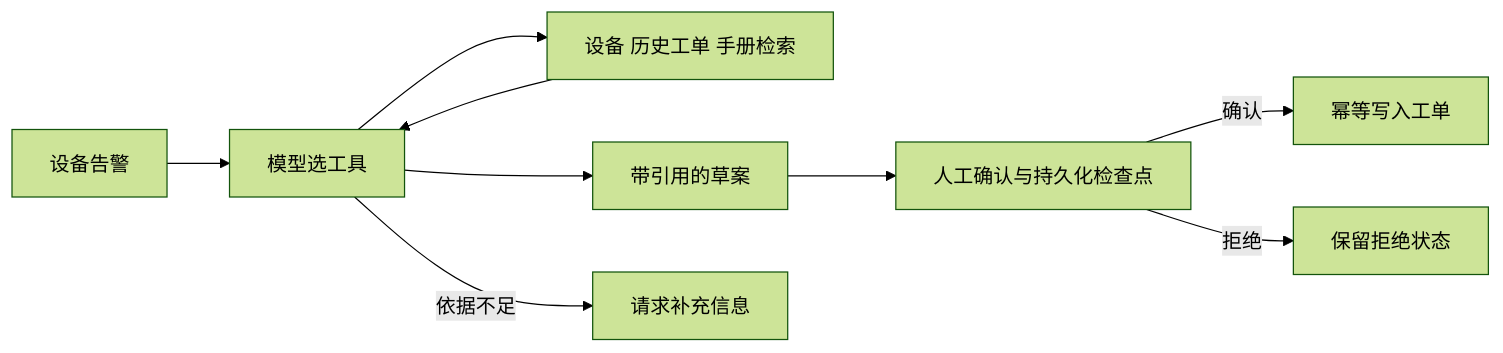
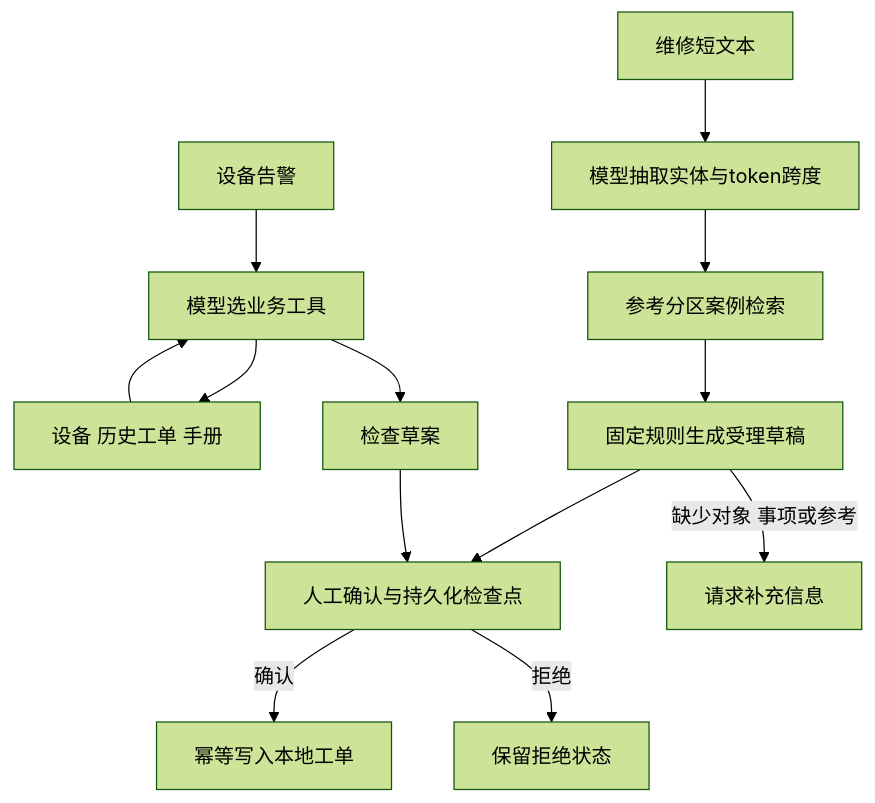
Before and after one commit to GuoJianFei666/fde-maintenance-agent: the diagram in README.md, drawn with Mermaid (forest theme). The commit also changed other lines of this file and 38 other files, not shown here.

````diff
--- a/README.md
+++ b/README.md
@@ -18,11 +28,15 @@
-```mermaid
-flowchart LR
-  A[设备告警] --> B[模型选工具]
-  B --> C[设备 历史工单 手册检索]
+~~~mermaid
+flowchart TD
+  A[设备告警] --> B[模型选业务工具]
+  B --> C[设备 历史工单 手册]
   C --> B
-  B --> D[带引用的草案]
-  D --> E[人工确认与持久化检查点]
-  E -->|确认| F[幂等写入工单]
-  E -->|拒绝| G[保留拒绝状态]
-  B -->|依据不足| H[请求补充信息]
-```
+  B --> D[检查草案]
+  T[维修短文本] --> E[模型抽取实体与token跨度]
+  E --> F[参考分区案例检索]
+  F --> G[固定规则生成受理草稿]
+  G --> H[人工确认与持久化检查点]
+  D --> H
+  H -->|确认| I[幂等写入本地工单]
+  H -->|拒绝| J[保留拒绝状态]
+  G -->|缺少对象 事项或参考| K[请求补充信息]
+~~~
````
